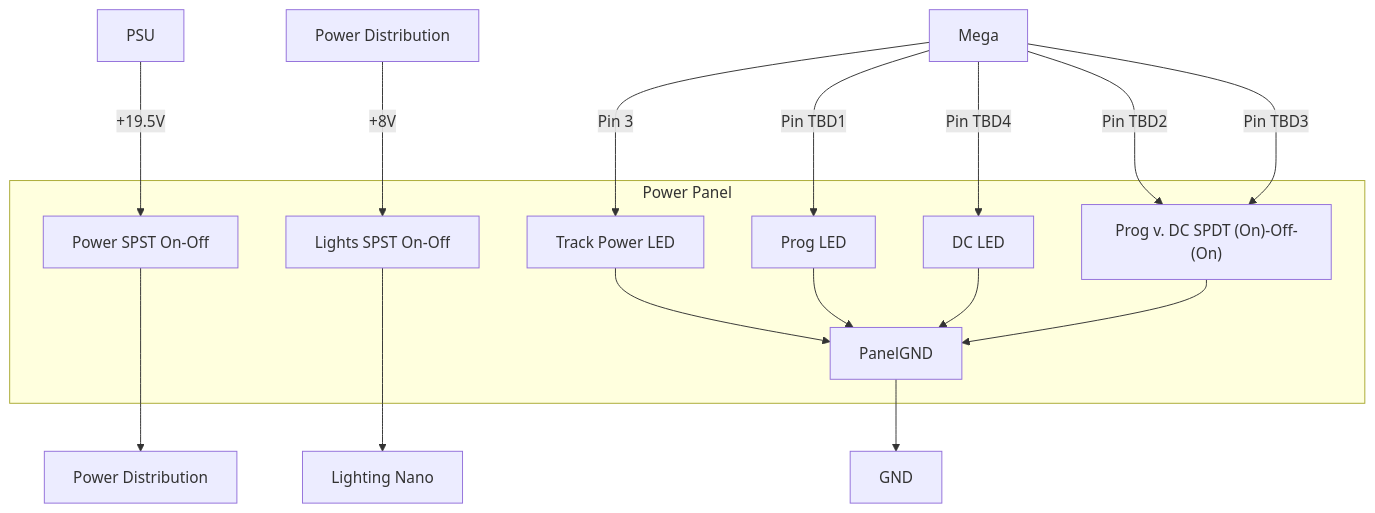
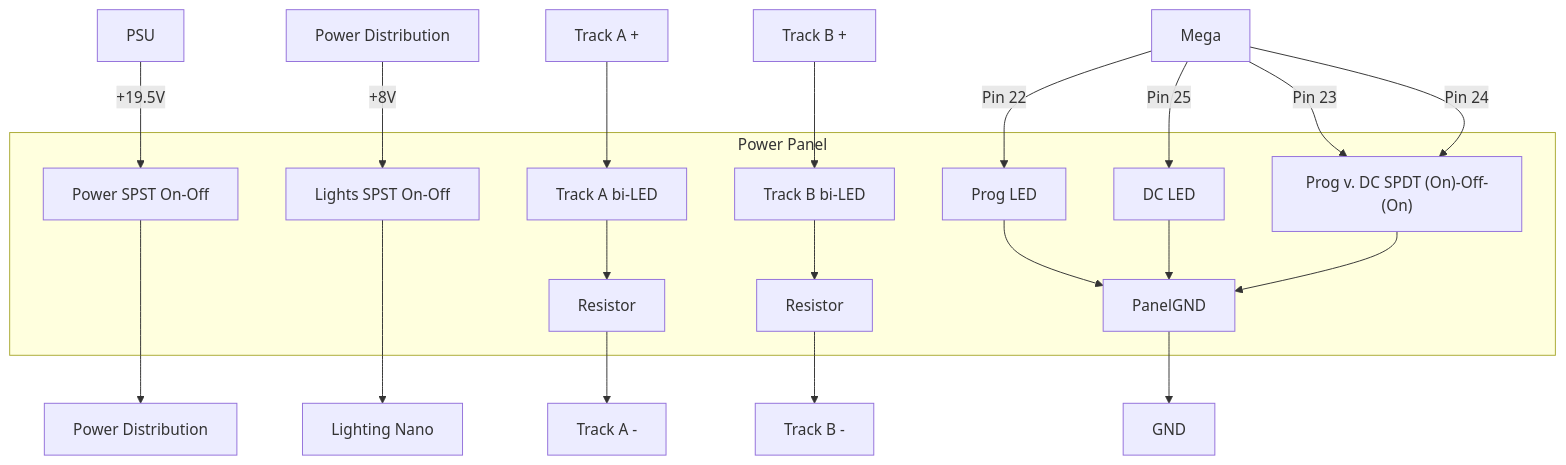
One commit to kmltechio/lumber_district changed the third of 4 diagrams in diagrams.md. Above: the diagram before and after it, drawn with Mermaid. The commit also changed other lines of this file, not shown here.

````diff
--- a/diagrams.md
+++ b/diagrams.md
@@ -54,20 +52,24 @@
 ```mermaid
 flowchart 
   subgraph Panel[Power Panel]
     Toggle1[Power SPST On-Off]
     Toggle2[Lights SPST On-Off]
-    LED1[Track Power LED]
+    LED1A["Track A bi-LED"]
+    ResistorA[Resistor]
+    LED1B["Track B bi-LED"]
+    ResistorB[Resistor]
     Toggle3["Prog v. DC SPDT (On)-Off-(On)"]
     LED2[Prog LED]
     LED3[DC LED]
     PanelGND
     end
-  PSU --->|"+19.5V"| Toggle1 ---> pd[Power Distribution]
-  pd8[Power Distribution] --->|"+8V"| Toggle2 ---> Lights[Lighting Nano]
-  Mega --->|Pin 3| LED1
-  Mega -->|Pin TBD1| LED2
-  Mega -->|Pin TBD2| Toggle3
-  Mega -->|Pin TBD3| Toggle3
-  Mega -->|Pin TBD4| LED3
-  LED1 & LED2 & LED3 & Toggle3 --> PanelGND --> GND
+  PSU -->|"+19.5V"| Toggle1 ---> pd[Power Distribution]
+  pd8[Power Distribution] -->|"+8V"| Toggle2 ---> Lights[Lighting Nano]
+  TrackA["Track A +"] --> LED1A --> ResistorA --> TrackAneg["Track A -"]
+  TrackB["Track B +"] --> LED1B --> ResistorB --> TrackBneg["Track B -"]
+  Mega -->|Pin 22| LED2
+  Mega -->|Pin 23| Toggle3
+  Mega -->|Pin 24| Toggle3
+  Mega -->|Pin 25| LED3
+  LED2 & LED3 & Toggle3 --> PanelGND --> GND
 ```
````
